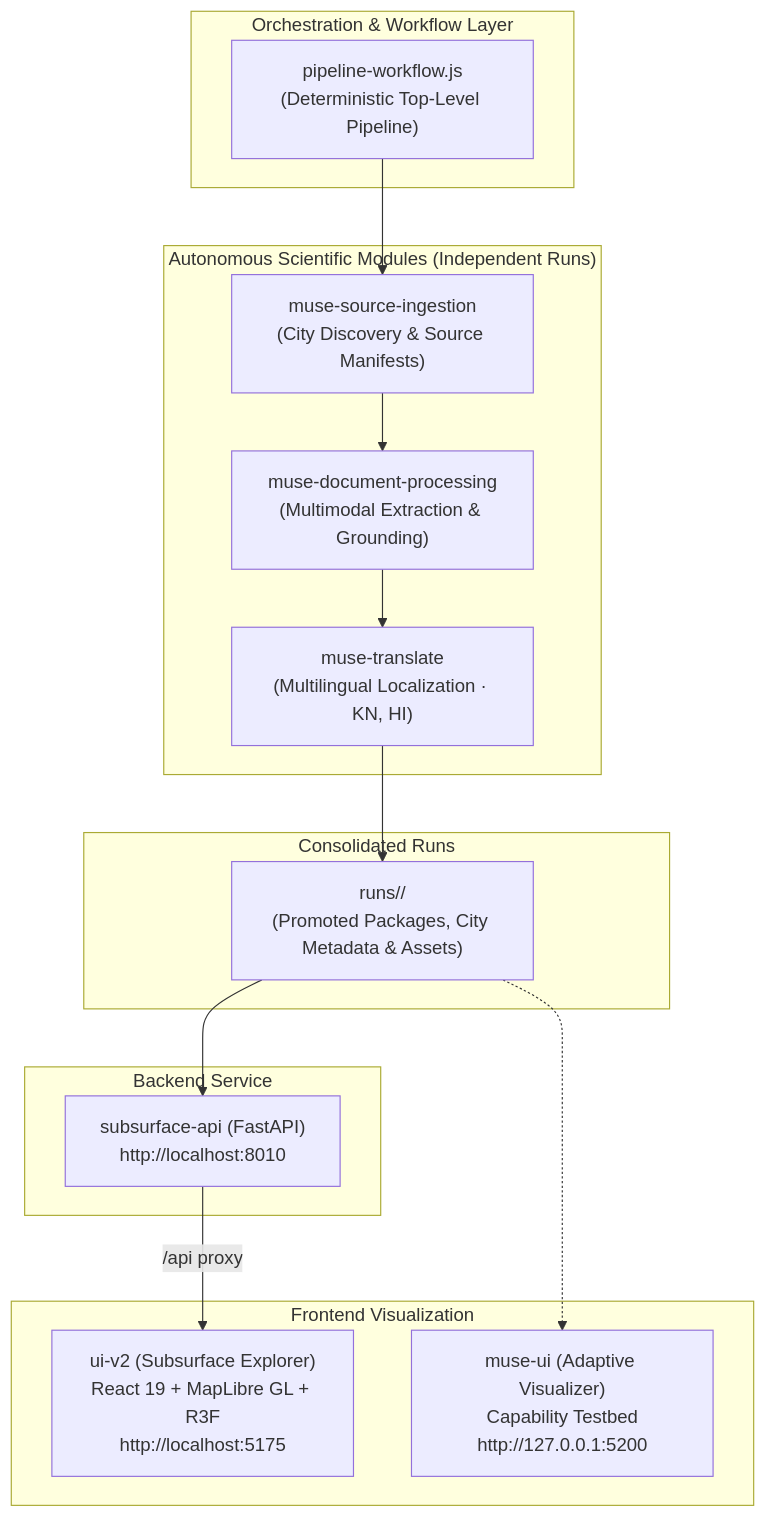
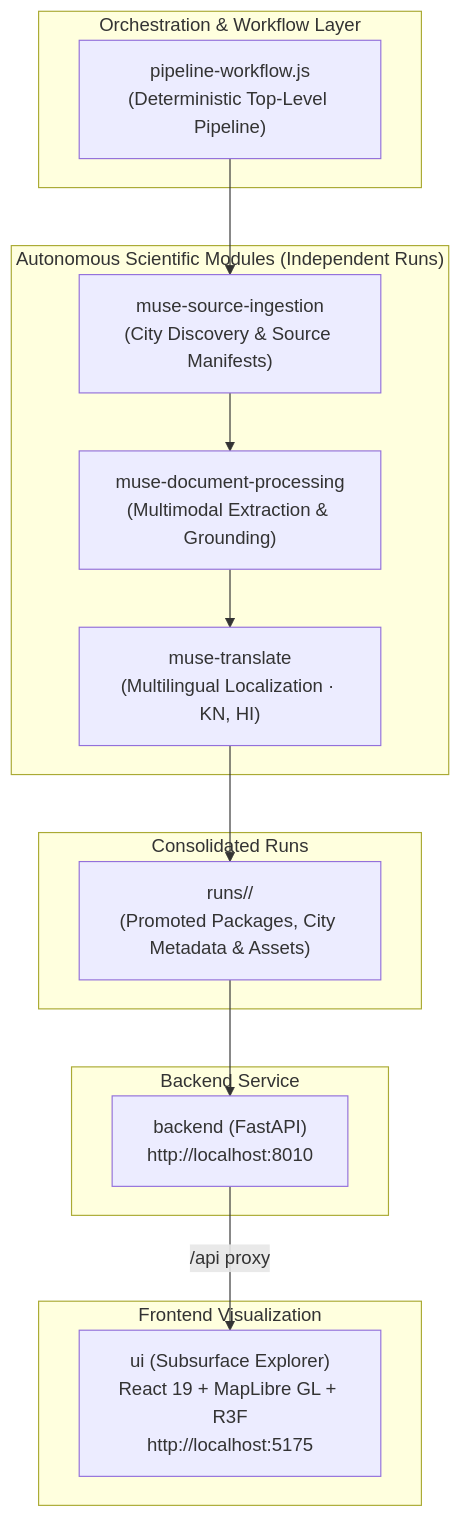
The diagram in README.md (kunalkini15/upamelm.ai), drawn with Mermaid before and after one commit. The commit also changed other lines of this file and 304 other files, not shown here.

````diff
--- a/README.md
+++ b/README.md
@@ -13,33 +13,31 @@
 ```mermaid
 flowchart TD
     subgraph Orchestration ["Orchestration & Workflow Layer"]
         PW["pipeline-workflow.js<br/>(Deterministic Top-Level Pipeline)"]
     end
 
     subgraph Stages ["Autonomous Scientific Modules (Independent Runs)"]
         SI["muse-source-ingestion<br/>(City Discovery & Source Manifests)"]
         DP["muse-document-processing<br/>(Multimodal Extraction & Grounding)"]
         TR["muse-translate<br/>(Multilingual Localization · KN, HI)"]
     end
 
     subgraph Storage ["Consolidated Runs"]
         RUNS["runs/<city>/<br/>(Promoted Packages, City Metadata & Assets)"]
     end
 
     subgraph Serving ["Backend Service"]
-        API["subsurface-api (FastAPI)<br/>http://localhost:8010"]
+        API["backend (FastAPI)<br/>http://localhost:8010"]
     end
 
     subgraph Presentation ["Frontend Visualization"]
-        UIV2["ui-v2 (Subsurface Explorer)<br/>React 19 + MapLibre GL + R3F<br/>http://localhost:5175"]
-        MUSEUI["muse-ui (Adaptive Visualizer)<br/>Capability Testbed<br/>http://127.0.0.1:5200"]
+        UI["ui (Subsurface Explorer)<br/>React 19 + MapLibre GL + R3F<br/>http://localhost:5175"]
     end
 
     PW --> SI
     SI --> DP
     DP --> TR
     TR --> RUNS
     RUNS --> API
-    API -->|/api proxy| UIV2
-    RUNS -.-> MUSEUI
+    API -->|/api proxy| UI
 ```
````
